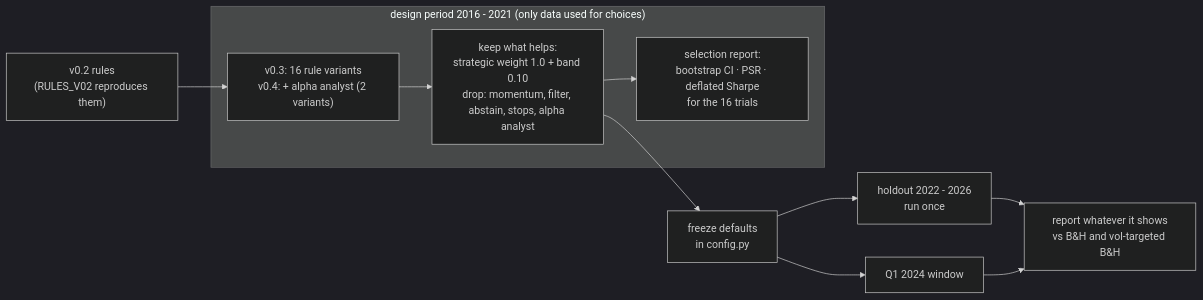
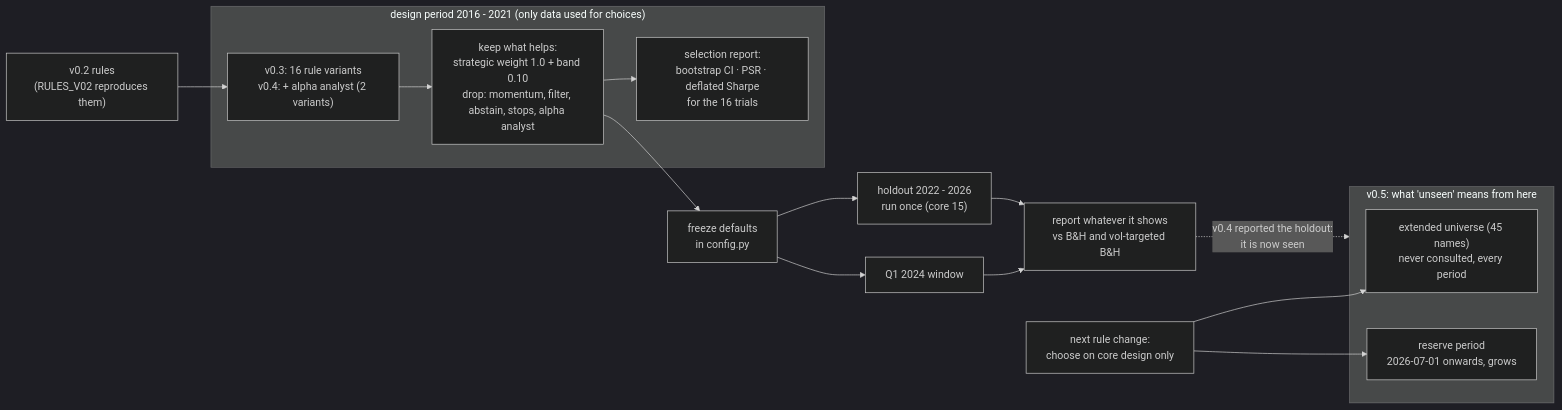
Diagram 23 of 27 in docs/DIAGRAMS.md (AshJha0/agentic-trader), drawn with Mermaid (dark theme) before and after one commit. The commit also changed other lines of this file and 43 other files, not shown here.

````diff
--- a/docs/DIAGRAMS.md
+++ b/docs/DIAGRAMS.md
@@ -635,13 +638,20 @@
 ```mermaid
 flowchart LR
     V02["v0.2 rules<br/>(RULES_V02 reproduces them)"] --> ABL
     subgraph Design["design period 2016 - 2021 (only data used for choices)"]
         ABL["v0.3: 16 rule variants<br/>v0.4: + alpha analyst (2 variants)"] --> PICK["keep what helps:<br/>strategic weight 1.0 + band 0.10<br/>drop: momentum, filter, abstain, stops, alpha analyst"]
         PICK --> DSR["selection report:<br/>bootstrap CI · PSR · deflated Sharpe<br/>for the 16 trials"]
     end
     PICK --> FREEZE["freeze defaults<br/>in config.py"]
-    FREEZE --> HO["holdout 2022 - 2026<br/>run once"]
+    FREEZE --> HO["holdout 2022 - 2026<br/>run once (core 15)"]
     FREEZE --> PW["Q1 2024 window"]
     HO --> REP["report whatever it shows<br/>vs B&H and vol-targeted B&H"]
     PW --> REP
+    REP -. "v0.4 reported the holdout:<br/>it is now seen" .-> FRESH
+    subgraph FRESH["v0.5: what 'unseen' means from here"]
+        EXT["extended universe (45 names)<br/>never consulted, every period"]
+        RES["reserve period<br/>2026-07-01 onwards, grows"]
+    end
+    NEXT["next rule change:<br/>choose on core design only"] --> EXT
+    NEXT --> RES
 ```
````
